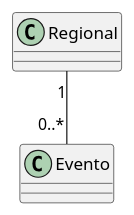
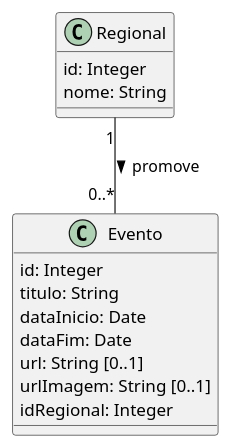
Before and after one commit to joseduardogon/Minha_UFG_Grupo_Cinza: the diagram in Integracao/entidades/Entidade-Evento.md, drawn with PlantUML. The commit also changed other lines of this file and 131 other files, not shown here.

````diff
--- a/Integracao/entidades/Entidade-Evento.md
+++ b/Integracao/entidades/Entidade-Evento.md
@@ -47,5 +50,16 @@
 ```plantuml
-class Evento
-class Regional
-Regional "1" -- "0..*" Evento
+class Regional {
+  id: Integer
+  nome: String
+}
+class Evento {
+  id: Integer
+  titulo: String
+  dataInicio: Date
+  dataFim: Date
+  url: String [0..1]
+  urlImagem: String [0..1]
+  idRegional: Integer
+}
+Regional "1" -- "0..*" Evento : promove >
 ```
````
